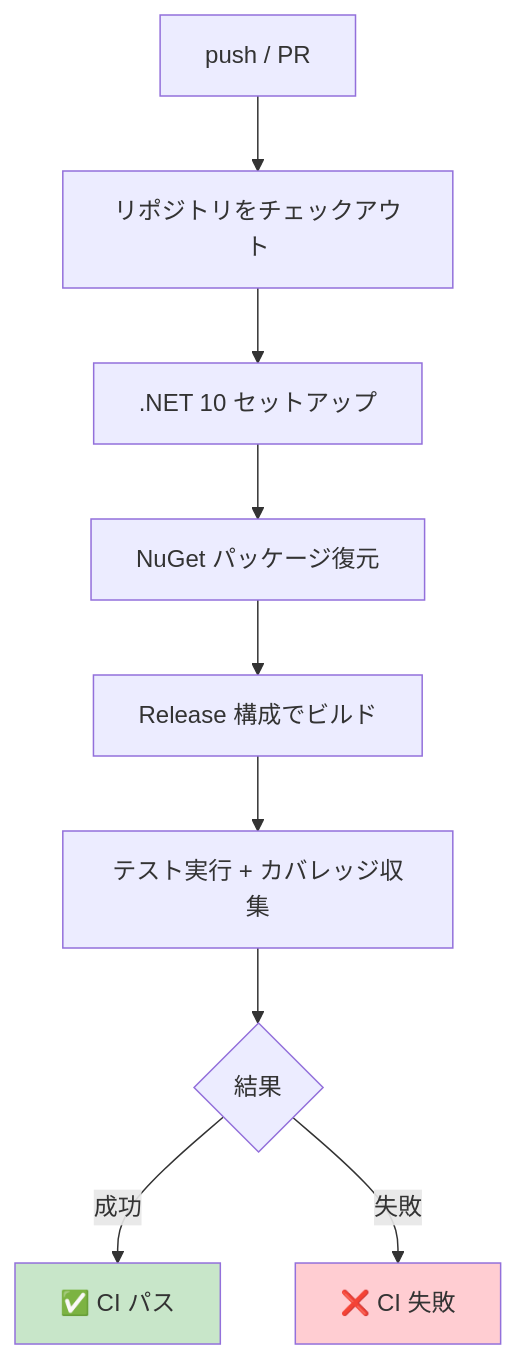
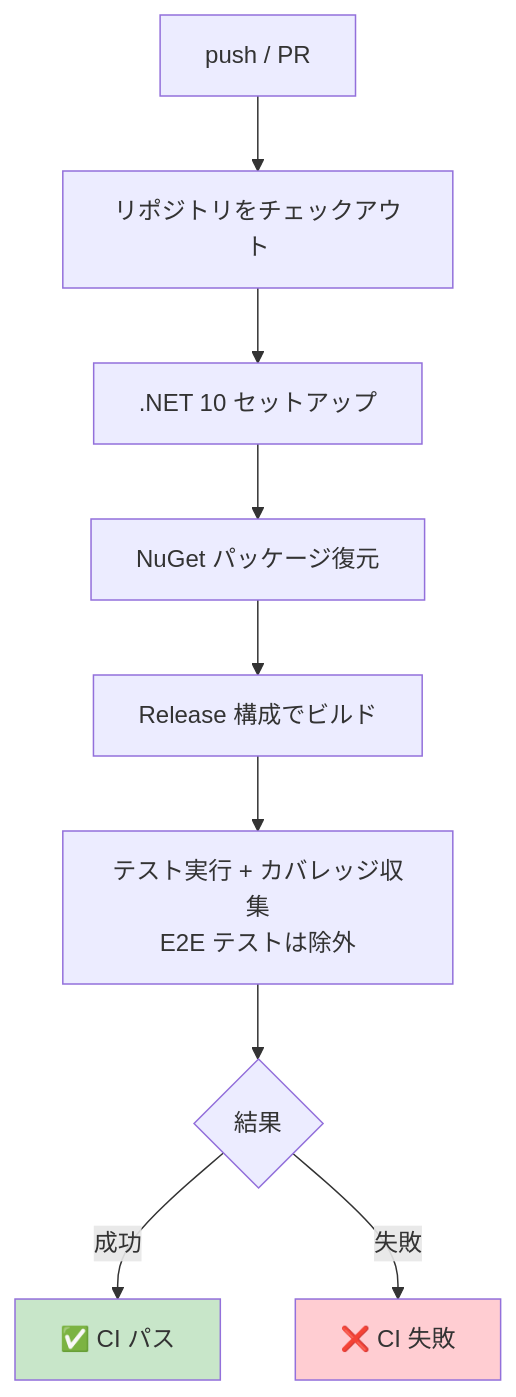
One commit to vehiclevisionjp/VehicleVision.Pleasanter.ReplicaSync changed the second of 4 diagrams in docs/contributing/ci-workflow.md. Above: the diagram before and after it, drawn with Mermaid. The commit also changed 1 other file, not shown here.

Commit message:
テスト修正

````diff
--- a/docs/contributing/ci-workflow.md
+++ b/docs/contributing/ci-workflow.md
@@ -107,14 +107,14 @@
 ```mermaid
 flowchart TD
     A[push / PR] --> B[リポジトリをチェックアウト]
     B --> C[.NET 10 セットアップ]
     C --> D[NuGet パッケージ復元]
     D --> E[Release 構成でビルド]
-    E --> F[テスト実行 + カバレッジ収集]
+    E --> F[テスト実行 + カバレッジ収集\nE2E テストは除外]
     F --> G{結果}
     G -->|成功| H[✅ CI パス]
     G -->|失敗| I[❌ CI 失敗]
 
     style H fill:#c8e6c9
     style I fill:#ffcdd2
 ```
````
